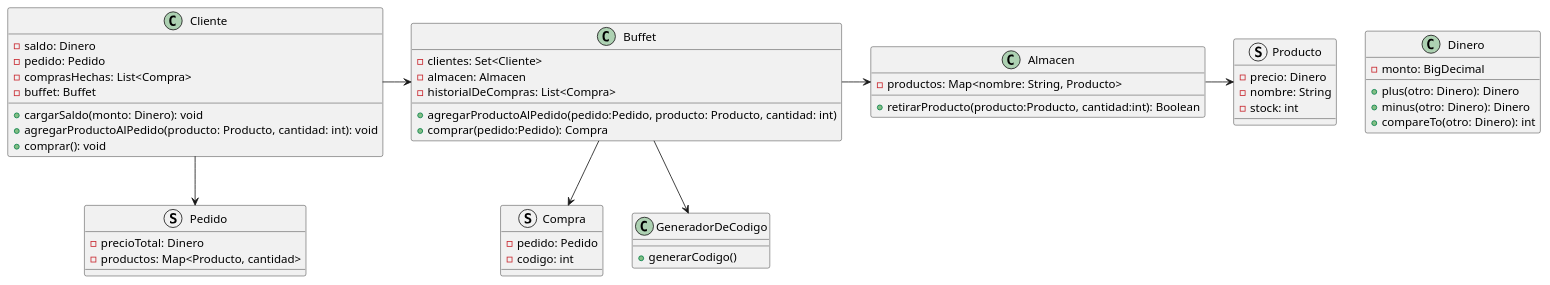
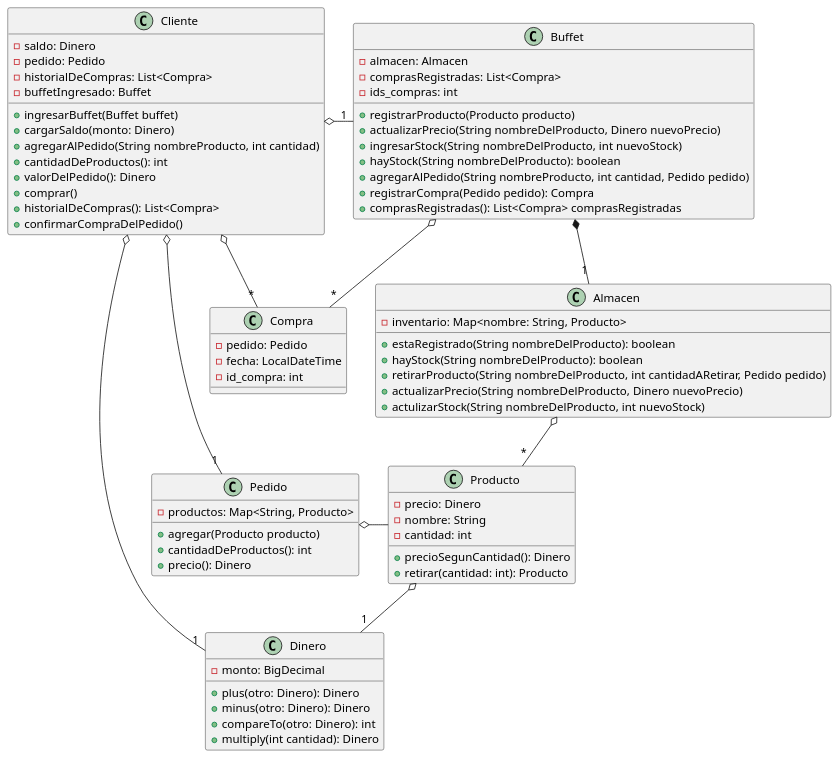
One commit to ariana-salese/DNT-TakeAwayNow changed the diagram in diagramas/diagramaDeClasesGeneral.puml. Above: the diagram before and after it, drawn with PlantUML. The commit also changed 14 other files, not shown here.

```diff
--- a/diagramas/diagramaDeClasesGeneral.puml
+++ b/diagramas/diagramaDeClasesGeneral.puml
@@ -1,58 +1,86 @@
 @startuml
 class Cliente {
     - saldo: Dinero
     - pedido: Pedido 
-    - comprasHechas: List<Compra>
-    - buffet: Buffet
-    + cargarSaldo(monto: Dinero): void
-    + agregarProductoAlPedido(producto: Producto, cantidad: int): void
-    + comprar(): void
+    - historialDeCompras: List<Compra>
+    - buffetIngresado: Buffet
+    + ingresarBuffet(Buffet buffet)
+    + cargarSaldo(monto: Dinero)
+    + agregarAlPedido(String nombreProducto, int cantidad)
+    + cantidadDeProductos(): int
+    + valorDelPedido(): Dinero
+    + comprar()
+    + historialDeCompras(): List<Compra>
+    + confirmarCompraDelPedido()
 }
 
-Struct Producto {
+class Producto {
     - precio: Dinero 
     - nombre: String
-    - stock: int
+    - cantidad: int
+    + precioSegunCantidad(): Dinero
+    + retirar(cantidad: int): Producto
 }
 
-Struct Compra {
+class Compra {
     - pedido: Pedido
-    - codigo: int
+    - fecha: LocalDateTime
+    - id_compra: int
 }
 
 class Dinero {
     - monto: BigDecimal
     + plus(otro: Dinero): Dinero
     + minus(otro: Dinero): Dinero
     + compareTo(otro: Dinero): int
+    + multiply(int cantidad): Dinero
 }
 
 class Almacen{
-    -productos: Map<nombre: String, Producto>
-    +retirarProducto(producto:Producto, cantidad:int): Boolean
+    -inventario: Map<nombre: String, Producto>
+    +estaRegistrado(String nombreDelProducto): boolean
+    +hayStock(String nombreDelProducto): boolean
+    +retirarProducto(String nombreDelProducto, int cantidadARetirar, Pedido pedido)
+    +actualizarPrecio(String nombreDelProducto, Dinero nuevoPrecio)
+    +actulizarStock(String nombreDelProducto, int nuevoStock)
 }
 
-Struct Pedido {
-    - precioTotal: Dinero
-    - productos: Map<Producto, cantidad>
-}
-
-class GeneradorDeCodigo {
-    +generarCodigo()
+class Pedido {
+    - productos: Map<String, Producto>
+    + agregar(Producto producto)
+    + cantidadDeProductos(): int
+    + precio(): Dinero
 }
 
 class Buffet {
-    -clientes: Set<Cliente>
     -almacen: Almacen
-    -historialDeCompras: List<Compra>
-    +agregarProductoAlPedido(pedido:Pedido, producto: Producto, cantidad: int)
-    +comprar(pedido:Pedido): Compra
+    -comprasRegistradas: List<Compra>
+    -ids_compras: int
+    +registrarProducto(Producto producto)
+    +actualizarPrecio(String nombreDelProducto, Dinero nuevoPrecio)
+    +ingresarStock(String nombreDelProducto, int nuevoStock)
+    +hayStock(String nombreDelProducto): boolean
+    +agregarAlPedido(String nombreProducto, int cantidad, Pedido pedido)
+    +registrarCompra(Pedido pedido): Compra
+    +comprasRegistradas(): List<Compra> comprasRegistradas
 }
 
-Cliente -> Buffet
-Cliente -down->Pedido
-Buffet -> Almacen
-Buffet -down-> Compra
-Buffet -down-> GeneradorDeCodigo
-Almacen -> Producto
+Cliente o-right- "1" Buffet
+Cliente o-- "1" Pedido
+Cliente o-- "*" Compra
+Cliente o- "1" Dinero
+
+Producto o-- "1" Dinero
+
+Pedido o- Producto
+
+Almacen o-- "*" Producto
+'Almacen ..> Dinero
+'Almacen ..> Pedido
+
+Buffet *-- "1" Almacen
+Buffet o-- "*" Compra
+'Buffet ..> Dinero
+'Buffet ..> Pedido
+
 @enduml
```
